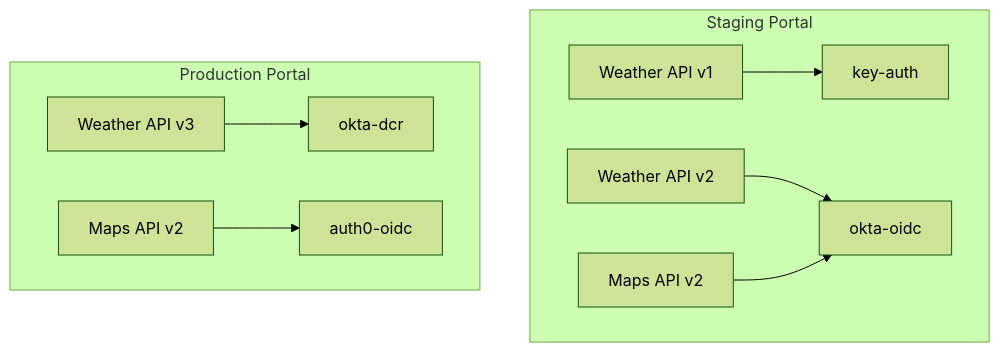
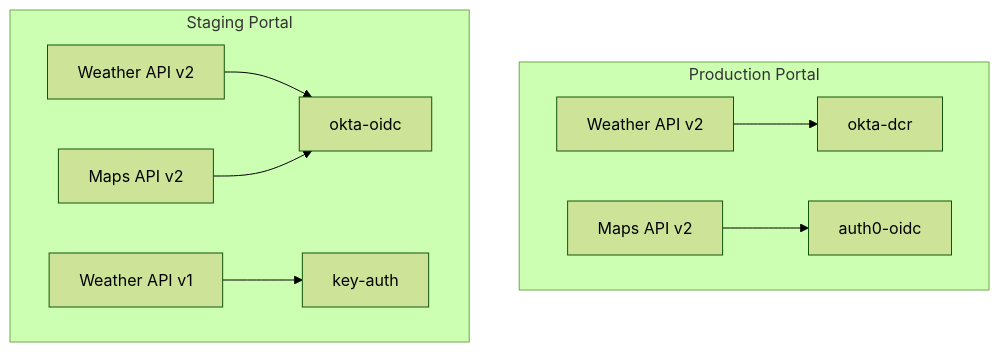
The diagram in app/dev-portal/app-reg/index.md (Kong/docs.konghq.com), drawn with Mermaid (forest theme) before and after one commit. The commit also changed other lines of this file, not shown here.

```diff
--- a/app/dev-portal/app-reg/index.md
+++ b/app/dev-portal/app-reg/index.md
@@ -24,13 +51,12 @@
 {% mermaid %}
 flowchart TB
-    subgraph Staging Portal
-    WeatherAPIv1["Weather API v1"] --> key-auth
-    WeatherAPIv2["Weather API v2"] --> okta-oidc
-    MapsAPIv2-1["Maps API v2"] --> okta-oidc
-    end
     subgraph Production Portal
-    WeatherAPIv3["Weather API v3"] --> okta-dcr
+    WeatherAPIv2p["Weather API v2"] --> okta-dcr
     MapsAPIv2-2["Maps API v2"] --> auth0-oidc
     end
-
+    subgraph Staging Portal
+    WeatherAPIv2s["Weather API v2"] --> okta-oidc
+    MapsAPIv2-1["Maps API v2"] --> okta-oidc
+    WeatherAPIv1["Weather API v1"] --> key-auth
+    end
 {% endmermaid %}
```
